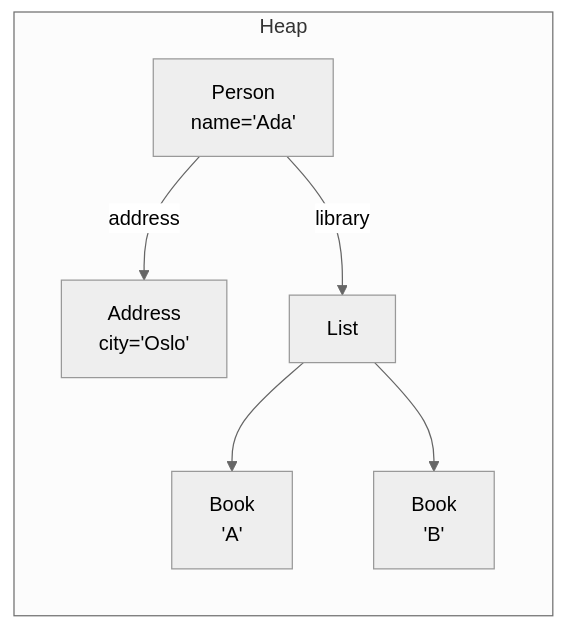
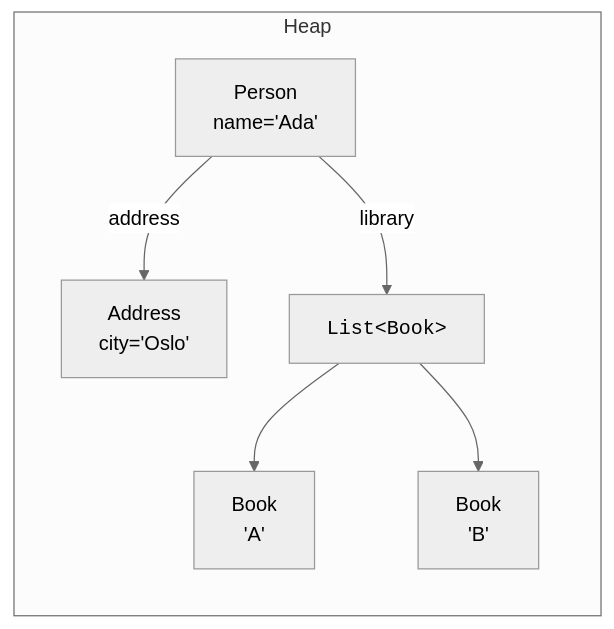
One commit to dataslope/dataslope changed the seventh of 7 diagrams in content/learn/oop-blueprint-java/objects-in-memory.mdx. Above: the diagram before and after it, drawn with Mermaid (neutral theme). The commit also changed 153 other files, not shown here.

First line of the commit message:
Render code-only mermaid shapes in monospace; convert step sequences to Steps

````diff
--- a/content/learn/oop-blueprint-java/objects-in-memory.mdx
+++ b/content/learn/oop-blueprint-java/objects-in-memory.mdx
@@ -282,14 +282,14 @@
 ```mermaid
 flowchart LR
     subgraph Heap
       P["Person<br/>name='Ada'"]
       A["Address<br/>city='Oslo'"]
-      L["List<Book>"]
+      L["<code>List&lt;Book&gt;</code>"]
       B1["Book<br/>'A'"]
       B2["Book<br/>'B'"]
     end
     P -->|address| A
     P -->|library| L
     L --> B1
     L --> B2
 ```
````
